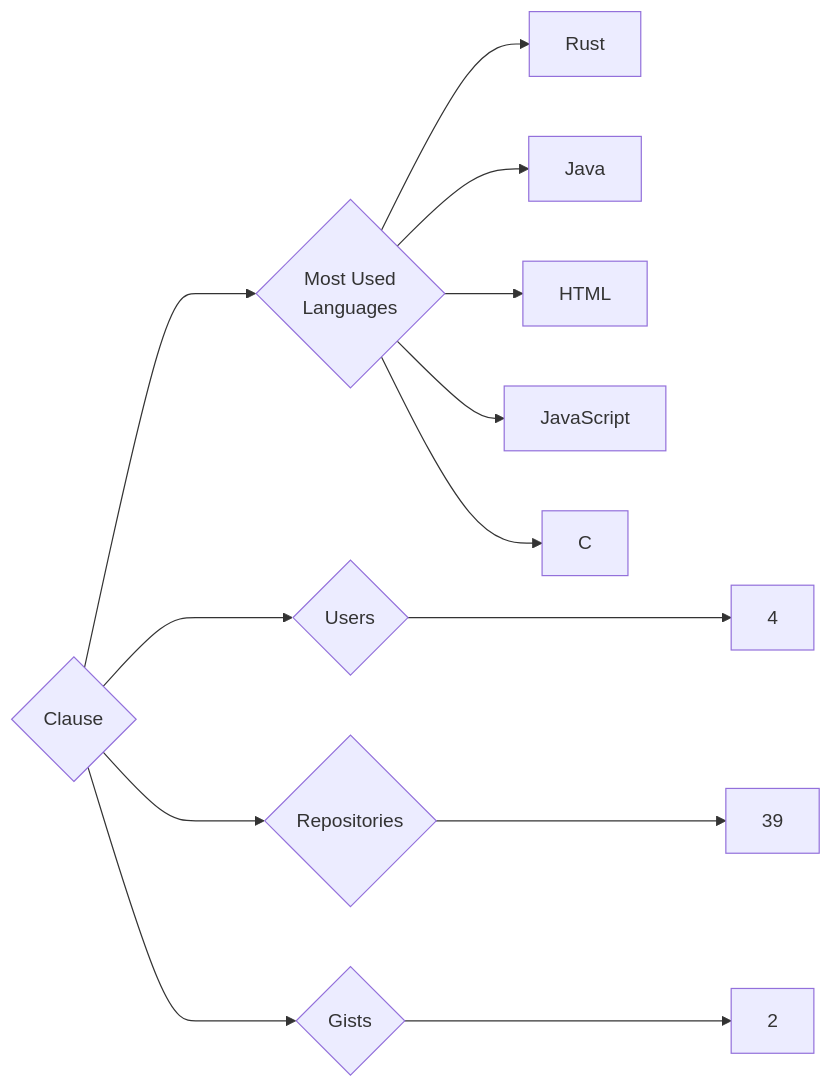
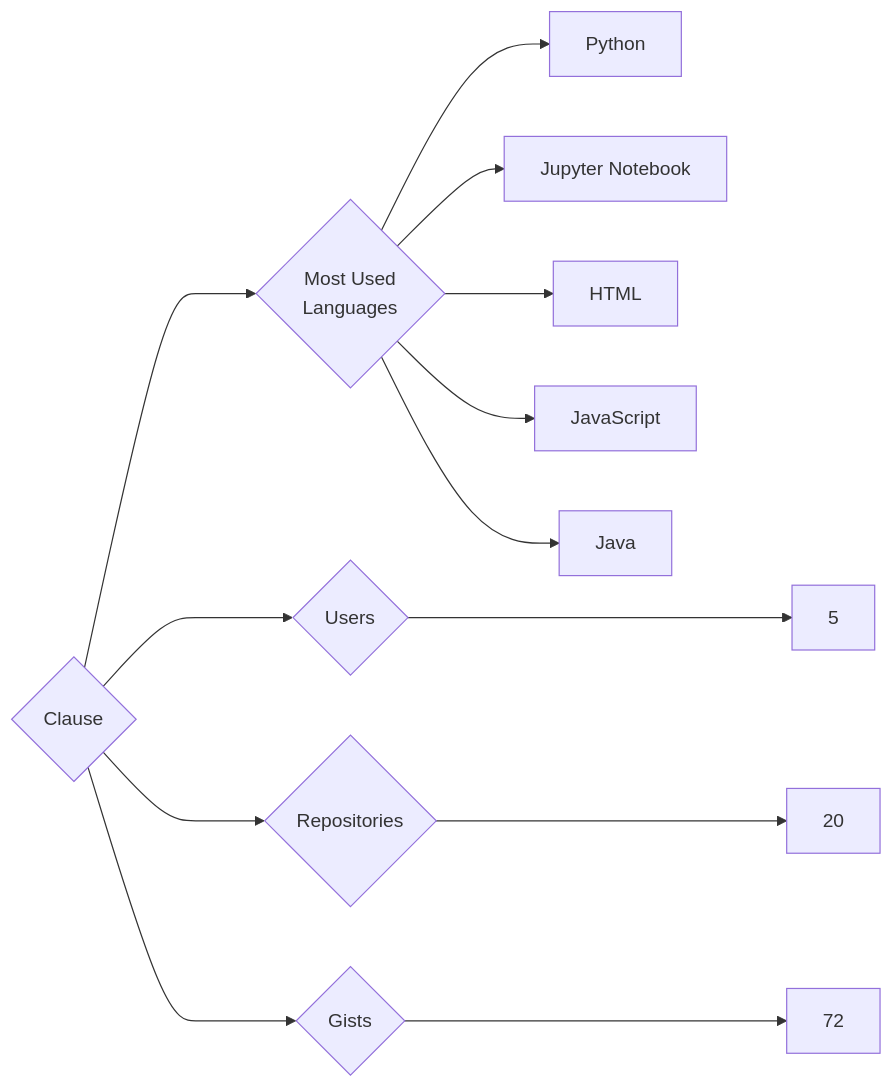
One commit to trickest/insiders changed the diagram in targets/Clause/README.md. Above: the diagram before and after it, drawn with Mermaid. The commit also changed 927 other files, not shown here.

````diff
--- a/targets/Clause/README.md
+++ b/targets/Clause/README.md
@@ -3,13 +3,13 @@
 ```mermaid
 graph LR
 COMPANY_NAME{Clause}
-COMPANY_NAME ---> U{Users} ---> UN[4]
-COMPANY_NAME ---> R{Repositories} ---> RN[39]
-COMPANY_NAME ---> G{Gists} ---> GN[2]
+COMPANY_NAME ---> U{Users} ---> UN[5]
+COMPANY_NAME ---> R{Repositories} ---> RN[20]
+COMPANY_NAME ---> G{Gists} ---> GN[72]
 COMPANY_NAME ---> ML{Most Used<br>Languages}
-ML --> Rust[Rust]
-ML --> Java[Java]
+ML --> Python[Python]
+ML --> Jupyter_Notebook[Jupyter Notebook]
 ML --> HTML[HTML]
 ML --> JavaScript[JavaScript]
-ML --> C[C]
+ML --> Java[Java]
 ```
````
